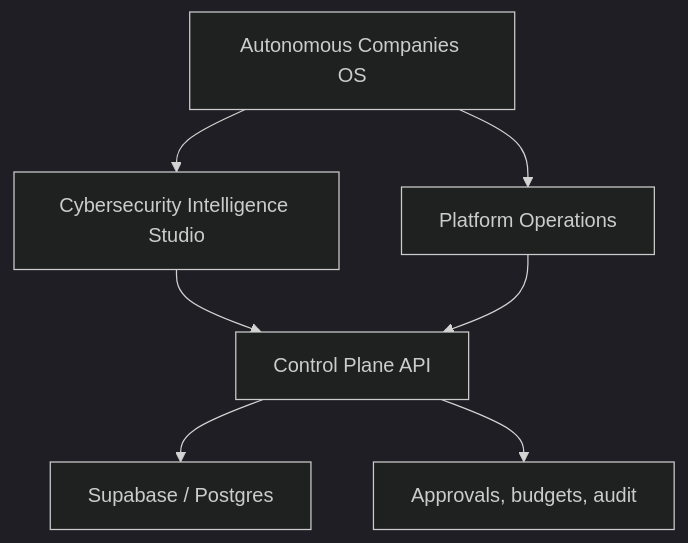
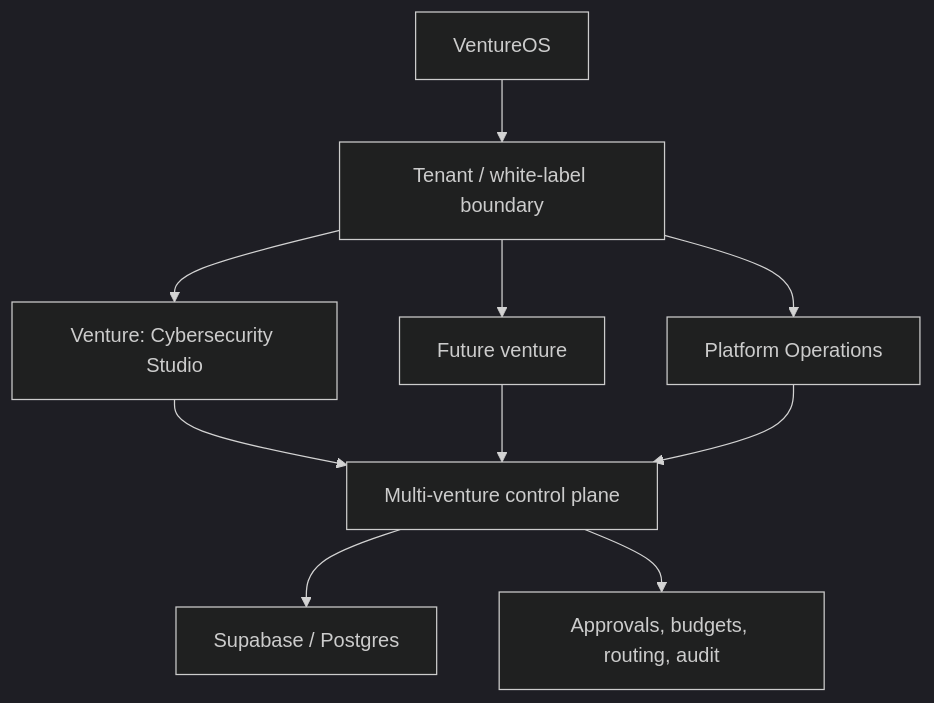
Before and after one commit to rizonpoint/autonomous-security-intelligence: the diagram in README.md, drawn with Mermaid (dark theme). The commit also changed other lines of this file and 15 other files, not shown here.

Commit message:
Add VentureOS multi-venture foundation

````diff
--- a/README.md
+++ b/README.md
@@ -32,9 +41,12 @@
 ```mermaid
 flowchart TD
-    OS["Autonomous Companies OS"] --> Biz["Cybersecurity Intelligence Studio"]
-    OS --> Platform["Platform Operations"]
-    Biz --> API["Control Plane API"]
+    OS["VentureOS"] --> Tenant["Tenant / white-label boundary"]
+    Tenant --> V1["Venture: Cybersecurity Studio"]
+    Tenant --> V2["Future venture"]
+    Tenant --> Platform["Platform Operations"]
+    V1 --> API["Multi-venture control plane"]
+    V2 --> API
     Platform --> API
     API --> DB["Supabase / Postgres"]
-    API --> Guard["Approvals, budgets, audit"]
+    API --> Guard["Approvals, budgets, routing, audit"]
 ```
````
